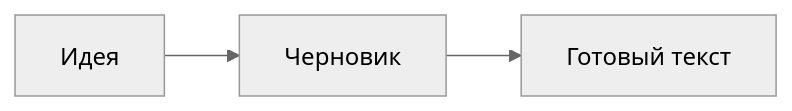
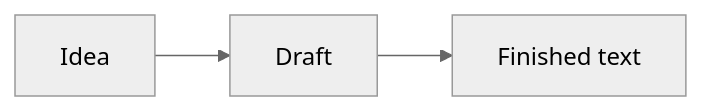
One commit to ErrrikMarrrtinez/ReaperScripts changed the diagram in Various/Markdown/markdown/sample.md. Above: the diagram before and after it, drawn with Mermaid (neutral theme). The commit also changed other lines of this file and 8 other files, not shown here.

````diff
--- a/Various/Markdown/markdown/sample.md
+++ b/Various/Markdown/markdown/sample.md
@@ -49,5 +49,5 @@
 ```mermaid
 flowchart LR
-A[Идея] --> B[Черновик]
-B --> C[Готовый текст]
+A[Idea] --> B[Draft]
+B --> C[Finished text]
 ```
````
